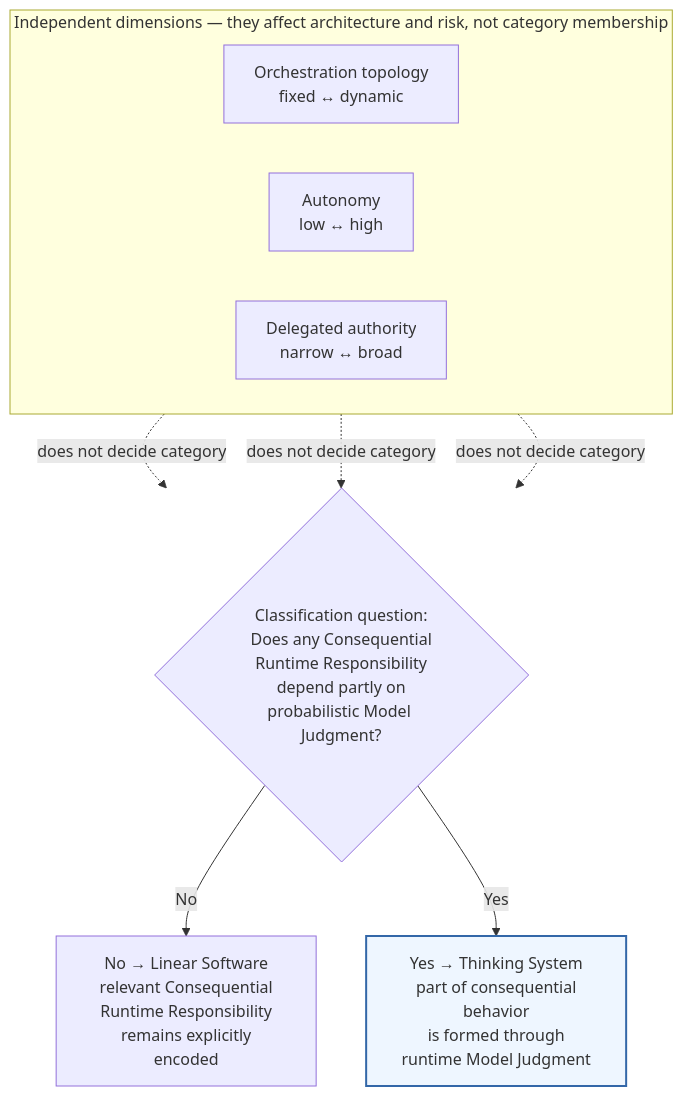
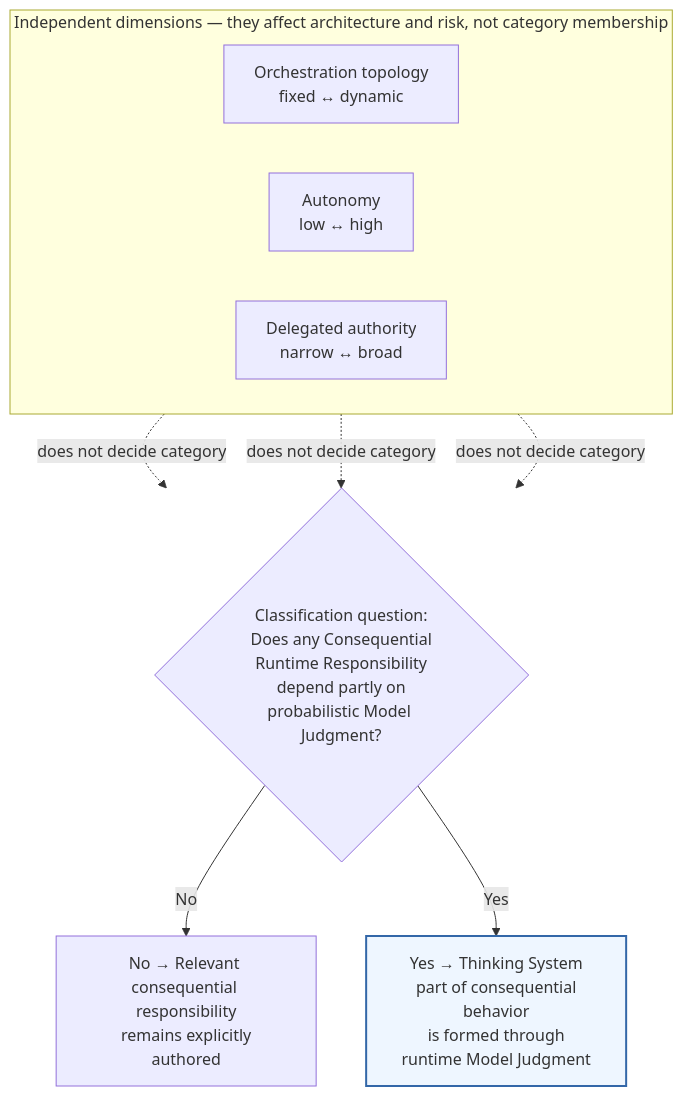
The second of 15 diagrams in content/research/notes/open-engineering-specification-article-draft.md (UncertaintyArchitectureGroup/uncertainty-architecture), drawn with Mermaid before and after one commit. The commit also changed other lines of this file and 10 other files, not shown here.

````diff
--- a/content/research/notes/open-engineering-specification-article-draft.md
+++ b/content/research/notes/open-engineering-specification-article-draft.md
@@ -104,22 +112,22 @@
 ```mermaid
 flowchart TB
     subgraph I["Independent dimensions — they affect architecture and risk, not category membership"]
         direction LR
         O["Orchestration topology<br/> fixed ↔ dynamic"]
         A["Autonomy<br/> low ↔ high"]
         D["Delegated authority<br/> narrow ↔ broad"]
     end
 
     Q{"Classification question:<br/> Does any Consequential Runtime Responsibility<br/> depend partly on probabilistic Model Judgment?"}
-    L["No → Linear Software<br/> relevant Consequential Runtime Responsibility<br/> remains explicitly encoded"]
+    L["No → Relevant consequential responsibility<br/> remains explicitly authored"]
     T["Yes → Thinking System<br/> part of consequential behavior<br/> is formed through runtime Model Judgment"]
 
     O -. does not decide category .-> Q
     A -. does not decide category .-> Q
     D -. does not decide category .-> Q
     Q -->|No| L
     Q -->|Yes| T
 
     classDef thinking fill:#eef6ff,stroke:#3367a8,stroke-width:2px;
     class T thinking;
 ```
````
